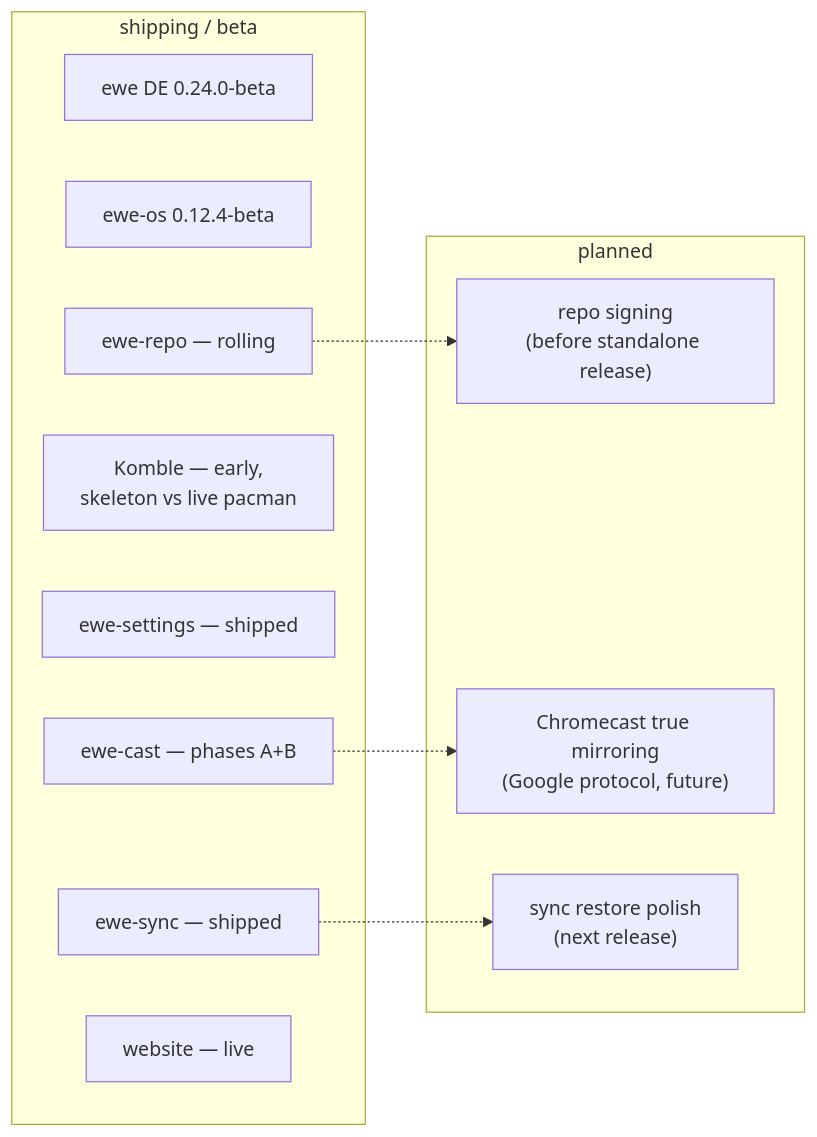
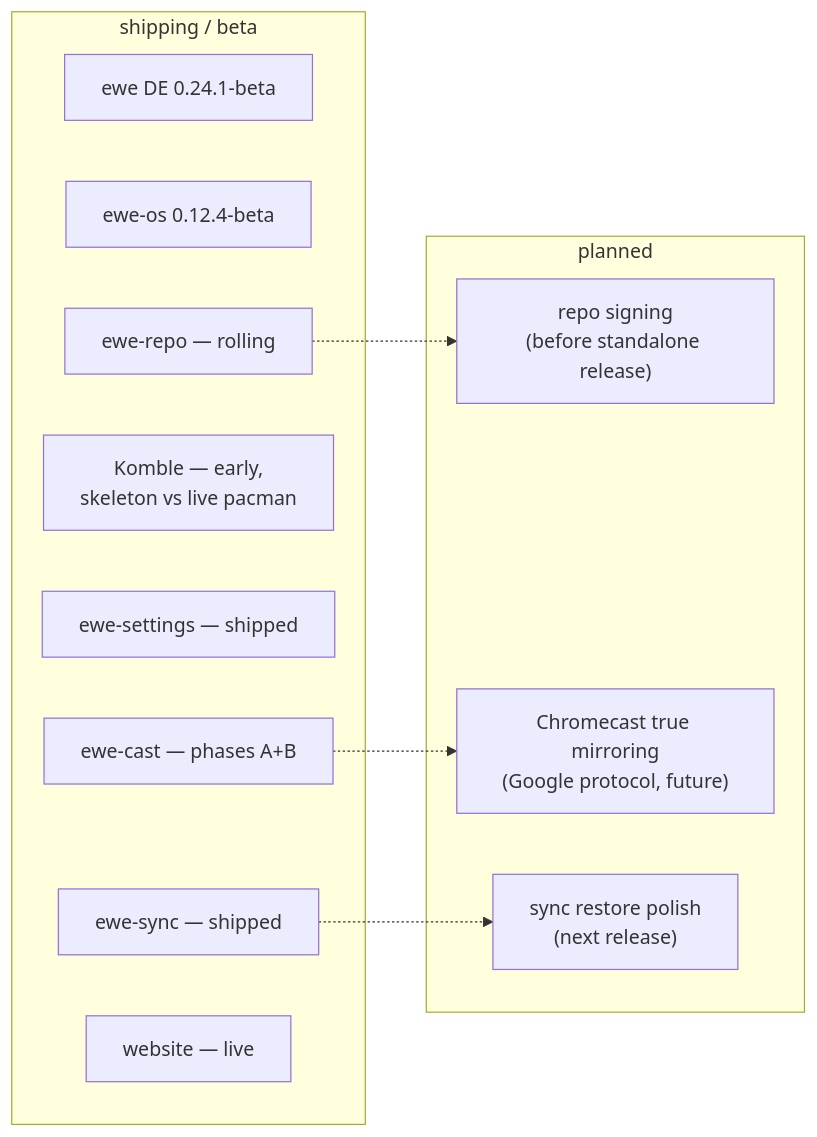
Before and after one commit to prj786/ewe-map: the diagram in 01-Overview/Roadmap and Status.md, drawn with Mermaid. The commit also changed other lines of this file and 5 other files, not shown here.

Commit message:
vault: ewe 0.24.1-beta — shell kicked by Hyprland's toplevel-export race; DNS owned by systemd-resolved

````diff
--- a/01-Overview/Roadmap and Status.md
+++ b/01-Overview/Roadmap and Status.md
@@ -30,21 +30,21 @@
 ```mermaid
 flowchart LR
     subgraph shipping["shipping / beta"]
-        EWE["ewe DE 0.24.0-beta"]
+        EWE["ewe DE 0.24.1-beta"]
         OS["ewe-os 0.12.4-beta"]
         REPO["ewe-repo — rolling"]
         K["Komble — early,<br/>skeleton vs live pacman"]
         S["ewe-settings — shipped"]
         SY["ewe-sync — shipped"]
         CAST["ewe-cast — phases A+B"]
         WEB["website — live"]
     end
     subgraph planned["planned"]
         SIGN["repo signing<br/>(before standalone release)"]
         MIRROR["Chromecast true mirroring<br/>(Google protocol, future)"]
         REST["sync restore polish<br/>(next release)"]
     end
     REPO -.-> SIGN
     CAST -.-> MIRROR
     SY -.-> REST
 ```
````
